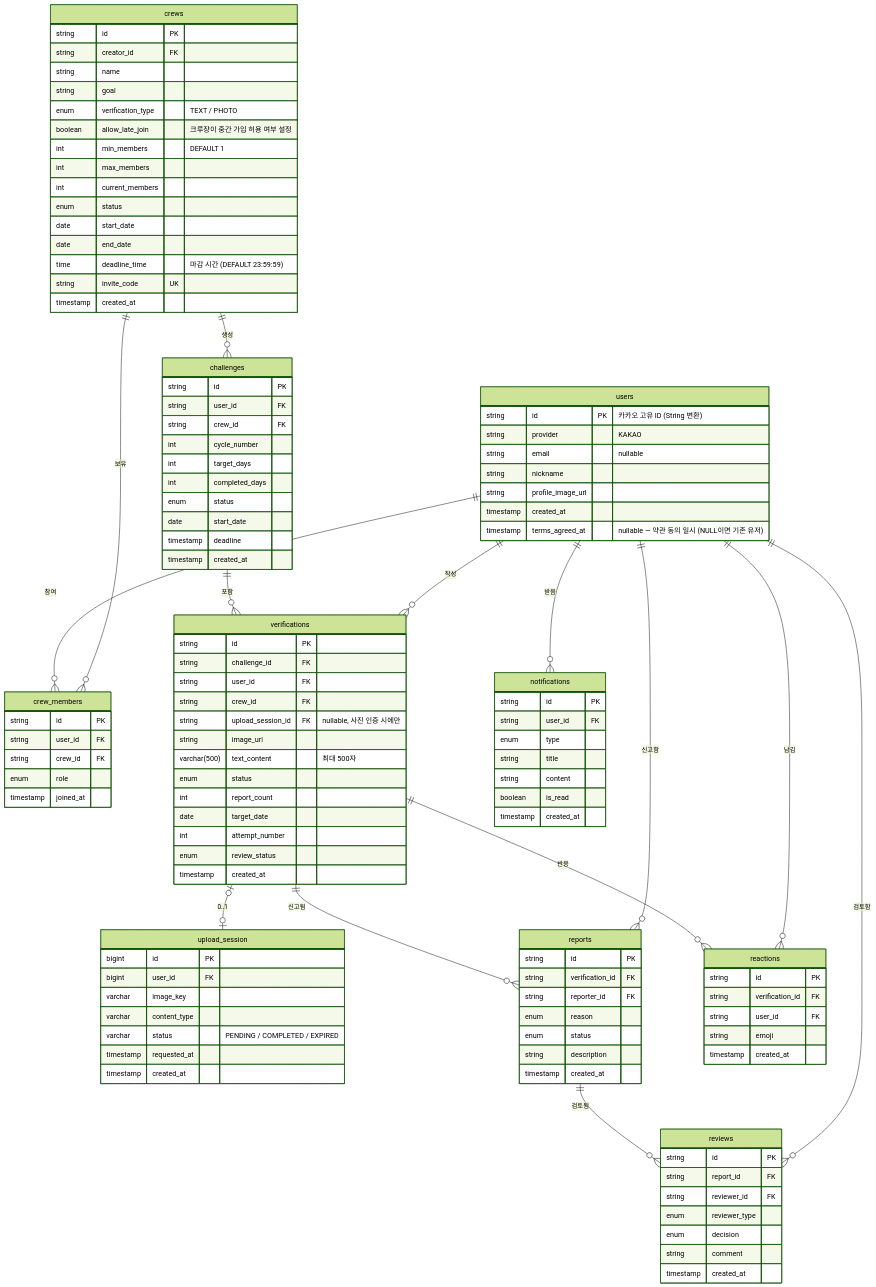
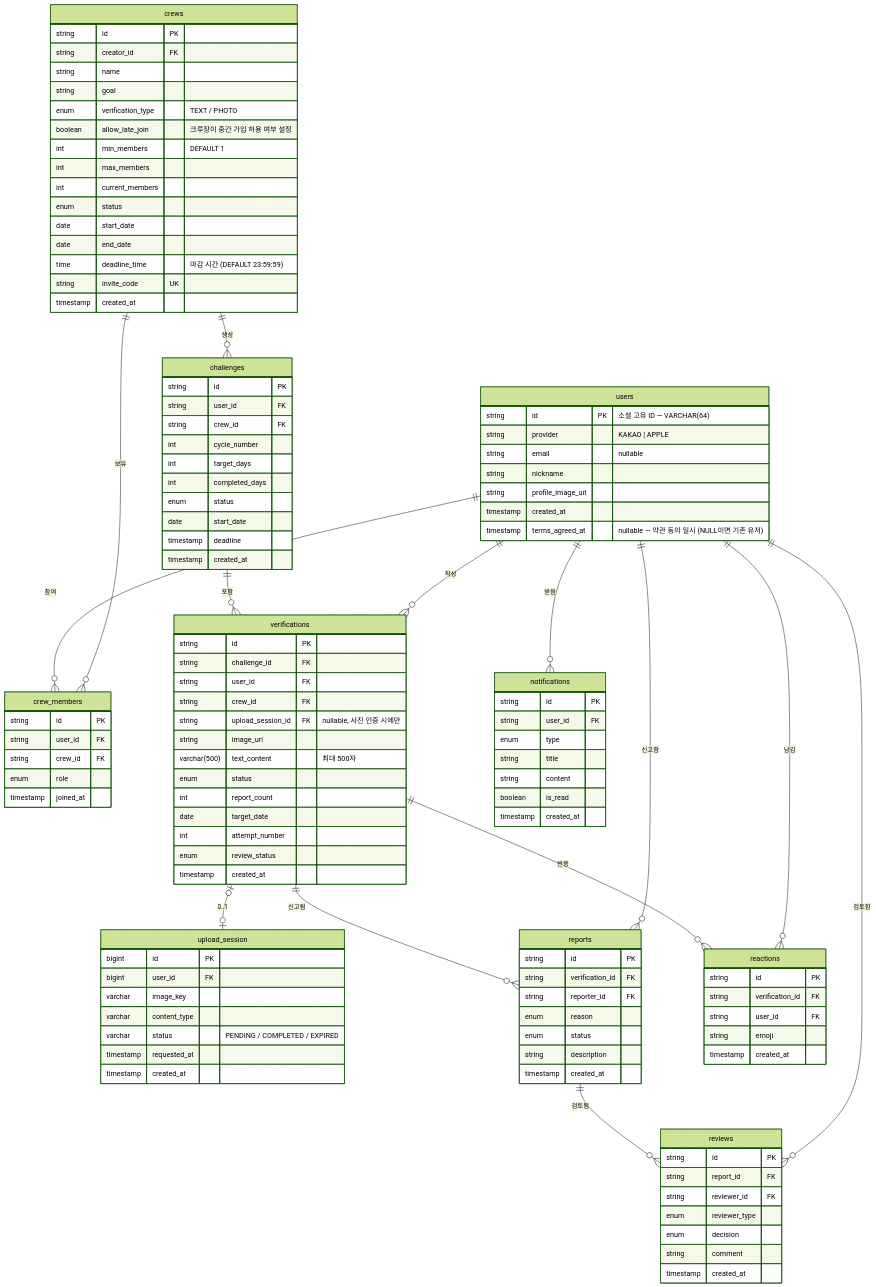
Before and after one commit to JianYang98/TriAgain: the diagram in docs/spec/schema.md, drawn with Mermaid (forest theme). The commit also changed 26 other files, not shown here.

```diff
--- a/docs/spec/schema.md
+++ b/docs/spec/schema.md
@@ -26,8 +26,8 @@
     users ||--o{ reactions : "남김"
 
     users {
-        string id PK "카카오 고유 ID (String 변환)"
-        string provider "KAKAO"
+        string id PK "소셜 고유 ID — VARCHAR(64)"
+        string provider "KAKAO | APPLE"
         string email "nullable"
         string nickname
         string profile_image_url
```
